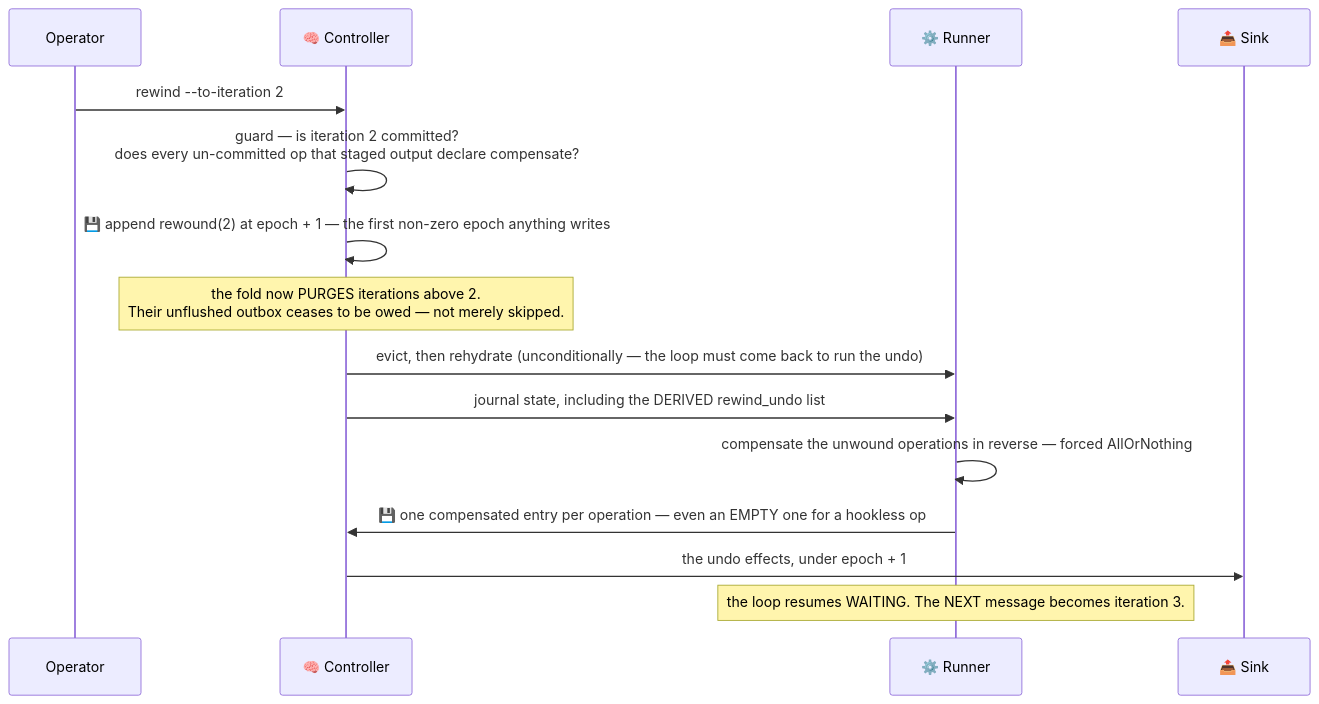
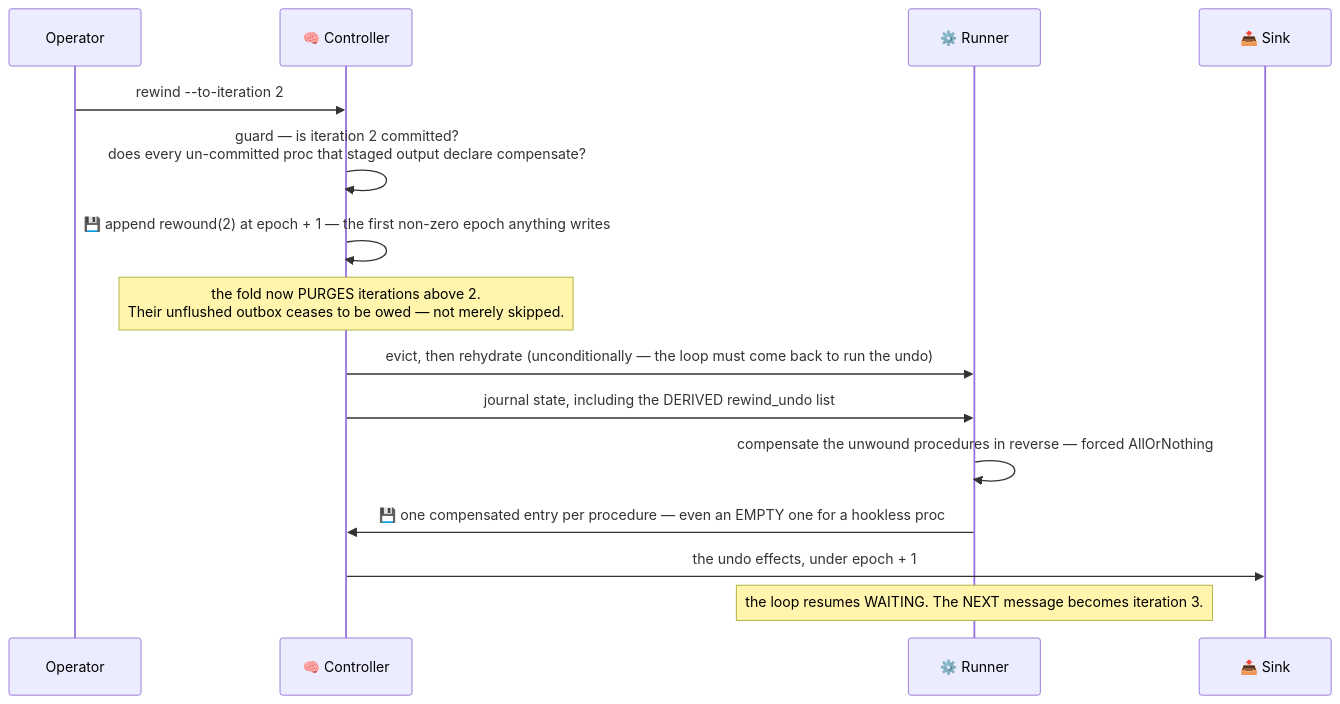
The eighth of 8 diagrams in docs/architecture/bounded_profile.md (Flezha/flezha), drawn with Mermaid before and after one commit. The commit also changed other lines of this file and 658 other files, not shown here.

````diff
--- a/docs/architecture/bounded_profile.md
+++ b/docs/architecture/bounded_profile.md
@@ -369,18 +369,18 @@
 ```mermaid
 sequenceDiagram
     participant OP as Operator
     participant CTRL as 🧠 Controller
     participant EX as ⚙️ Runner
     participant SINK as 📤 Sink
 
     OP->>CTRL: rewind --to-iteration 2
-    CTRL->>CTRL: guard — is iteration 2 committed?<br/>does every un-committed op that staged output declare compensate?
+    CTRL->>CTRL: guard — is iteration 2 committed?<br/>does every un-committed proc that staged output declare compensate?
     CTRL->>CTRL: 💾 append rewound(2) at epoch + 1 — the first non-zero epoch anything writes
     Note over CTRL: the fold now PURGES iterations above 2.<br/>Their unflushed outbox ceases to be owed — not merely skipped.
     CTRL->>EX: evict, then rehydrate (unconditionally — the loop must come back to run the undo)
     CTRL->>EX: journal state, including the DERIVED rewind_undo list
-    EX->>EX: compensate the unwound operations in reverse — forced AllOrNothing
-    EX->>CTRL: 💾 one compensated entry per operation — even an EMPTY one for a hookless op
+    EX->>EX: compensate the unwound procedures in reverse — forced AllOrNothing
+    EX->>CTRL: 💾 one compensated entry per procedure — even an EMPTY one for a hookless proc
     CTRL->>SINK: the undo effects, under epoch + 1
     Note over EX: the loop resumes WAITING. The NEXT message becomes iteration 3.
 ```
````
